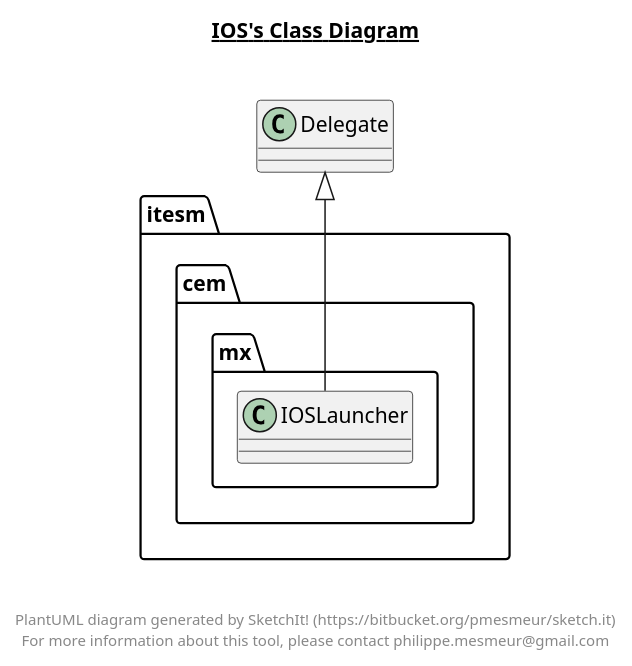
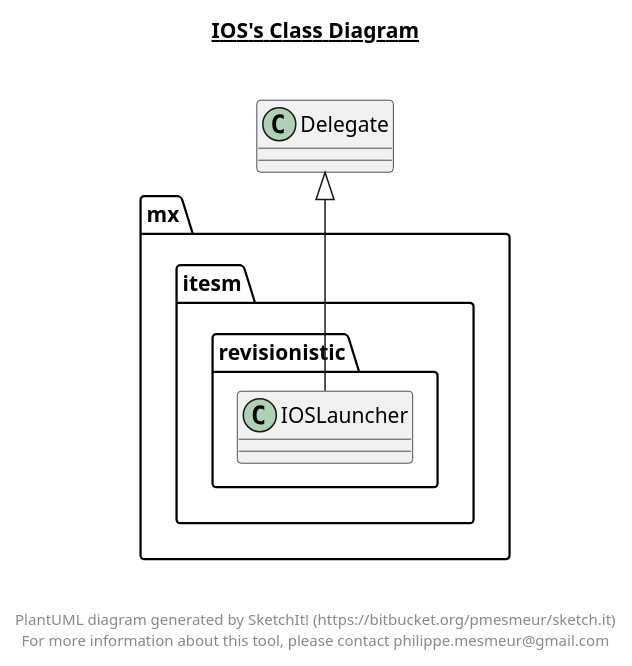
Before and after one commit to hd170998/RevisionisticVideogame: the diagram in ios/ios.plantuml, drawn with PlantUML. The commit also changed 30 other files, not shown here.

```diff
--- a/ios/ios.plantuml
+++ b/ios/ios.plantuml
@@ -1,21 +1,21 @@
 @startuml
 
 title __IOS's Class Diagram__\n
 
-  package itesm.cem.mx {
+  package mx.itesm.revisionistic {
     class IOSLauncher {
     }
   }
   
 
   IOSLauncher -up-|> Delegate
 
 
 right footer
 
 
 PlantUML diagram generated by SketchIt! (https://bitbucket.org/pmesmeur/sketch.it)
 For more information about this tool, please contact philippe.mesmeur@gmail.com
 endfooter
 
 @enduml
```
